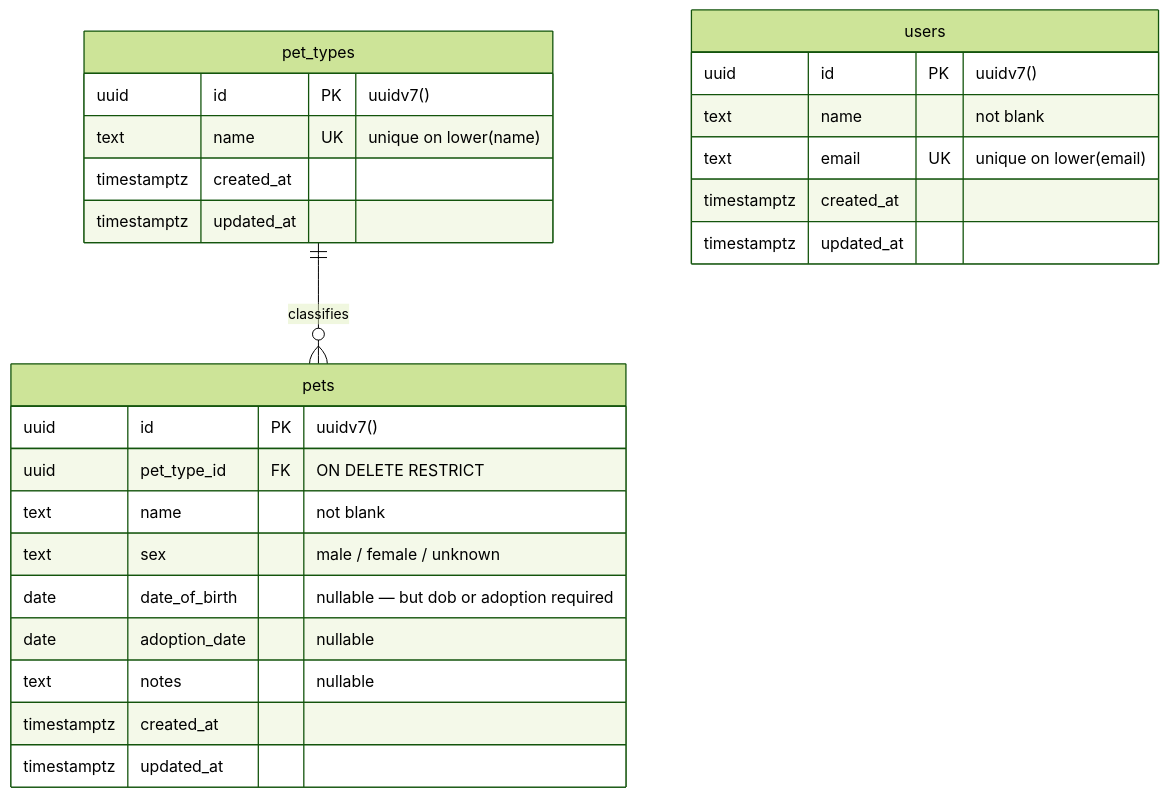
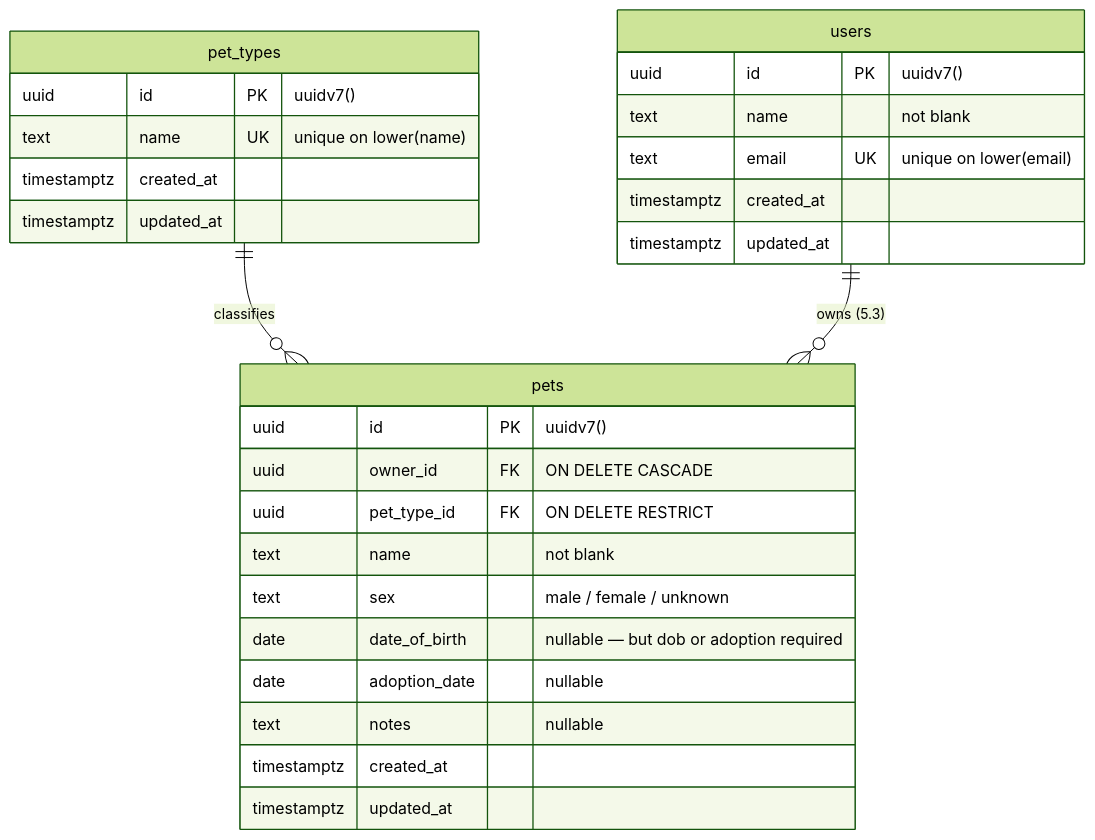
Before and after one commit to Mezran/petlife: the first of 2 diagrams in .docs/db/domain-model.md, drawn with Mermaid (forest theme). The commit also changed other lines of this file and 3 other files, not shown here.

Commit message:
feat: owner scoped pets behind requireAuth

````diff
--- a/.docs/db/domain-model.md
+++ b/.docs/db/domain-model.md
@@ -9,31 +9,33 @@
 ```mermaid
 erDiagram
     pet_types ||--o{ pets : "classifies"
+    users ||--o{ pets : "owns (5.3)"
 
     users {
         uuid id PK "uuidv7()"
         text name "not blank"
         text email UK "unique on lower(email)"
         timestamptz created_at
         timestamptz updated_at
     }
 
     pet_types {
         uuid id PK "uuidv7()"
         text name UK "unique on lower(name)"
         timestamptz created_at
         timestamptz updated_at
     }
 
     pets {
         uuid id PK "uuidv7()"
+        uuid owner_id FK "ON DELETE CASCADE"
         uuid pet_type_id FK "ON DELETE RESTRICT"
         text name "not blank"
         text sex "male / female / unknown"
         date date_of_birth "nullable — but dob or adoption required"
         date adoption_date "nullable"
         text notes "nullable"
         timestamptz created_at
         timestamptz updated_at
     }
 ```
````
